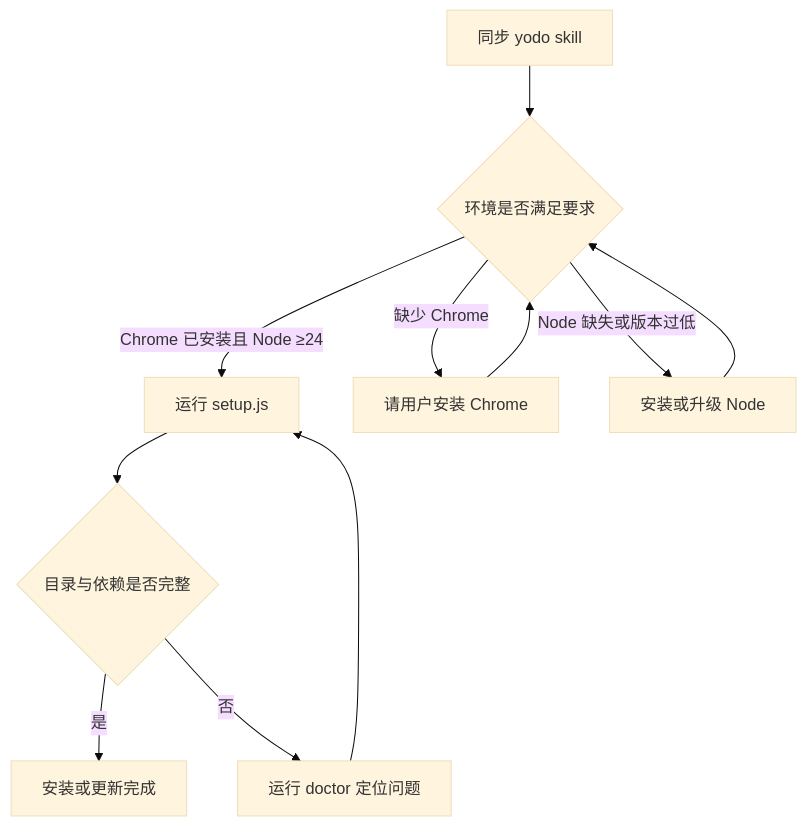
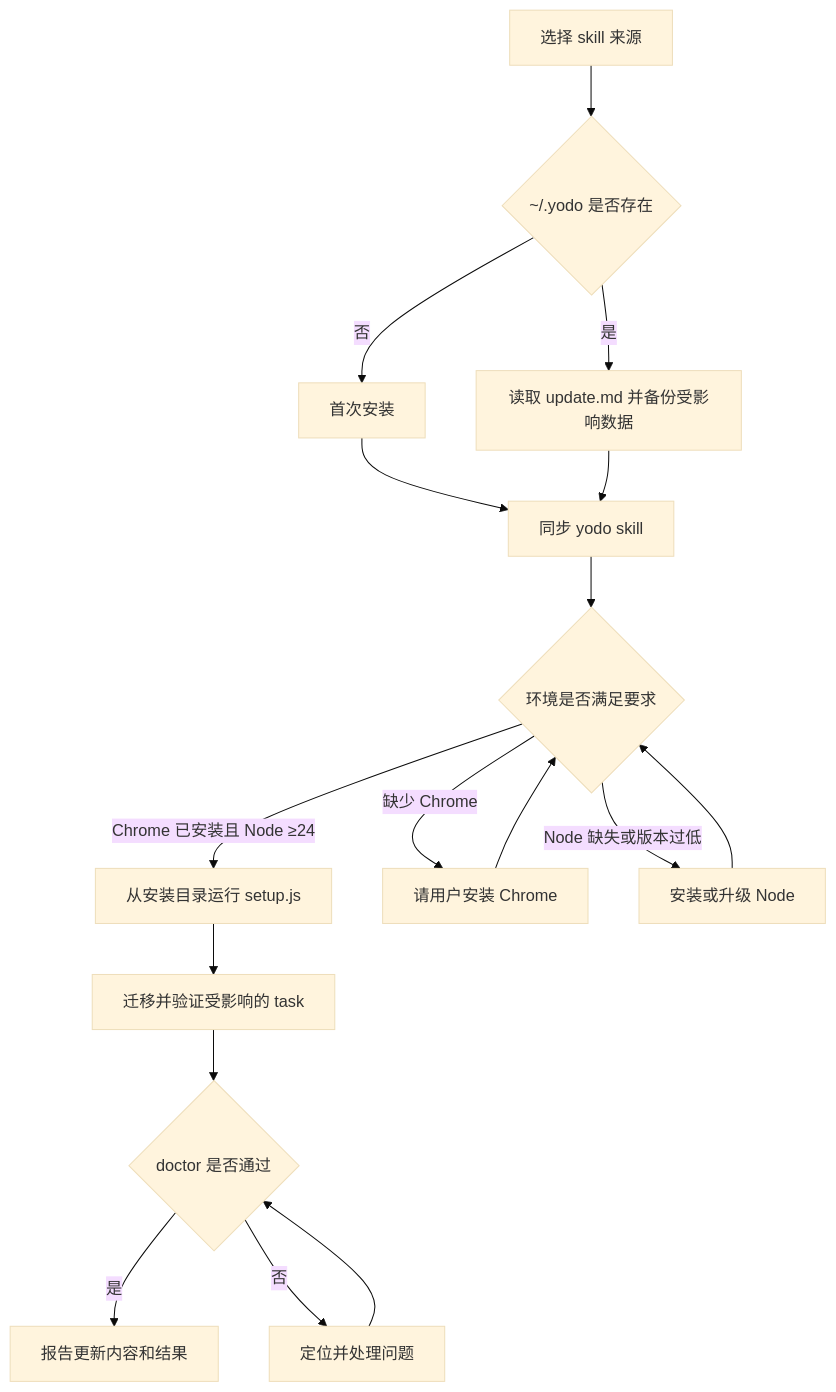
The diagram in skills/yodo/install.md (yanggggjie/yodo), drawn with Mermaid (base theme) before and after one commit. The commit also changed other lines of this file and 5 other files, not shown here.

````diff
--- a/skills/yodo/install.md
+++ b/skills/yodo/install.md
@@ -7,13 +8,19 @@
 ```mermaid
 flowchart TD
-  A[同步 yodo skill] --> B{环境是否满足要求}
-  B -->|Chrome 已安装且 Node ≥24| C[运行 setup.js]
-  B -->|缺少 Chrome| D[请用户安装 Chrome]
-  B -->|Node 缺失或版本过低| E[安装或升级 Node]
-  D --> B
-  E --> B
-  C --> F{目录与依赖是否完整}
-  F -->|是| G[安装或更新完成]
-  F -->|否| H[运行 doctor 定位问题]
-  H --> C
+  A[选择 skill 来源] --> B{~/.yodo 是否存在}
+  B -->|否| C[首次安装]
+  B -->|是| D[读取 update.md 并备份受影响数据]
+  C --> E[同步 yodo skill]
+  D --> E
+  E --> F{环境是否满足要求}
+  F -->|Chrome 已安装且 Node ≥24| G[从安装目录运行 setup.js]
+  F -->|缺少 Chrome| H[请用户安装 Chrome]
+  F -->|Node 缺失或版本过低| I[安装或升级 Node]
+  H --> F
+  I --> F
+  G --> J[迁移并验证受影响的 task]
+  J --> K{doctor 是否通过}
+  K -->|是| L[报告更新内容和结果]
+  K -->|否| M[定位并处理问题]
+  M --> K
 ```
````
